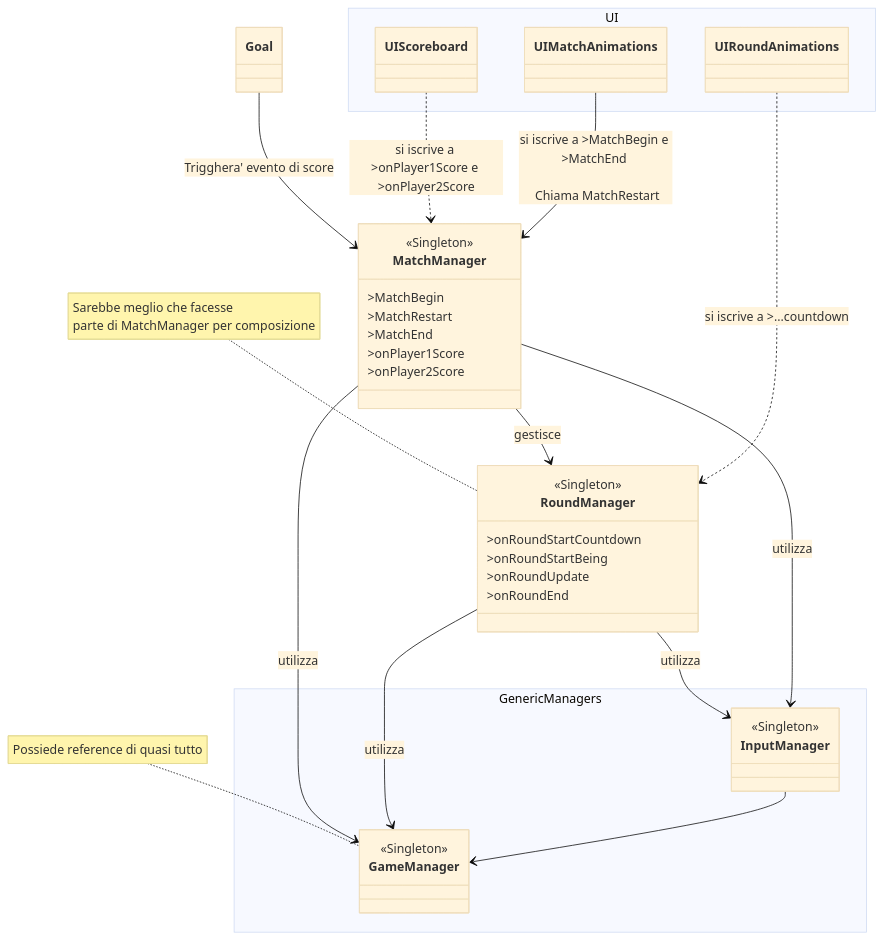
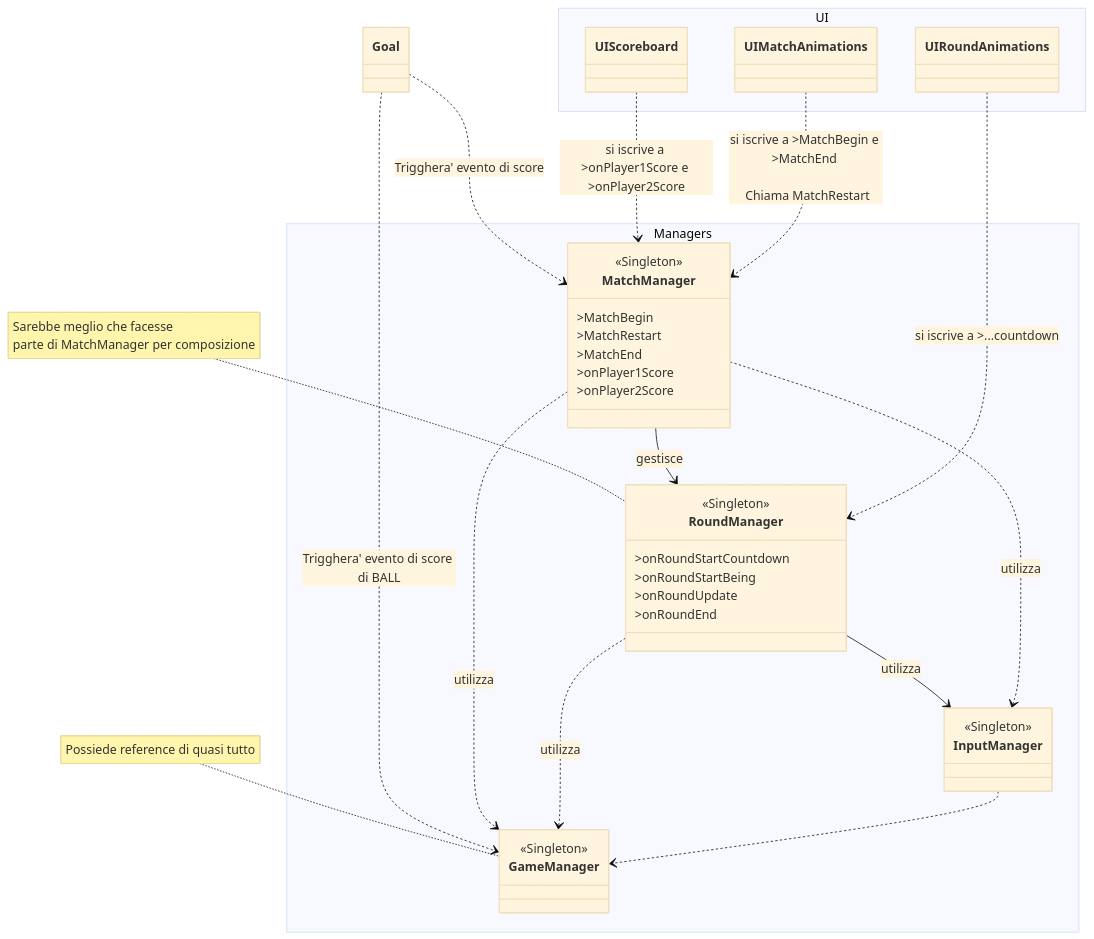
One commit to 0pow-pow0/RumbleSmash changed the diagram in Assets/Scripts/ManagersScriptLogic.md. Above: the diagram before and after it, drawn with Mermaid (base theme). The commit also changed 1752 other files, not shown here.

````diff
--- a/Assets/Scripts/ManagersScriptLogic.md
+++ b/Assets/Scripts/ManagersScriptLogic.md
@@ -2,74 +2,77 @@
 ```mermaid
 classDiagram
 
 
 %% ---------------- Managers
-namespace GenericManagers {
+namespace Managers {
     class GameManager { 
     <<Singleton>>
     }
 
     class InputManager {
         <<Singleton>>
     }
-}
 
-class MatchManager {
-    <<Singleton>>
-    >MatchBegin
-    >MatchRestart
-    >MatchEnd
-    >onPlayer1Score
-    >onPlayer2Score
-}
+    class MatchManager {
+        <<Singleton>>
+        >MatchBegin
+        >MatchRestart
+        >MatchEnd
+        >onPlayer1Score
+        >onPlayer2Score
+    }
 
-class RoundManager {
-    <<Singleton>>
-    >onRoundStartCountdown
-    >onRoundStartBeing
-    >onRoundUpdate
-    >onRoundEnd
+    class RoundManager {
+        <<Singleton>>
+        >onRoundStartCountdown
+        >onRoundStartBeing
+        >onRoundUpdate
+        >onRoundEnd
+    }
 }
 
 
 
-Goal --> MatchManager : Trigghera' evento di score
+
+Goal ..> MatchManager : Trigghera' evento di score
+
+Goal ..> GameManager : Trigghera' evento di score di BALL
 
 MatchManager --> RoundManager : gestisce
-MatchManager --> GameManager : utilizza
+MatchManager ..> GameManager : utilizza
 
-RoundManager --> GameManager : utilizza
+RoundManager ..> GameManager : utilizza
 RoundManager --> InputManager : utilizza
 
-MatchManager --> InputManager : utilizza
+MatchManager ..> InputManager : utilizza
 
-InputManager --> GameManager
+InputManager ..> GameManager
 
 note for GameManager "Possiede reference di quasi tutto"
 
 note for RoundManager "Sarebbe meglio che facesse <br/> parte di MatchManager per composizione"
 
 %% ------------- UI
 namespace UI {
     class UIScoreboard {
         
     }
 
     class UIRoundAnimations {
 
     }
     
    
 
     class UIMatchAnimations {
 
     }
 }
 UIScoreboard ..> MatchManager : si iscrive a >onPlayer1Score e >onPlayer2Score
 
 UIRoundAnimations ..> RoundManager : si iscrive a >...countdown
 
-UIMatchAnimations --> MatchManager : si iscrive a >MatchBegin e >MatchEnd <br/> <br/> Chiama MatchRestart
+UIMatchAnimations ..> MatchManager : si iscrive a >MatchBegin e >MatchEnd <br/> <br/> Chiama MatchRestart
 
 
 ```
````
